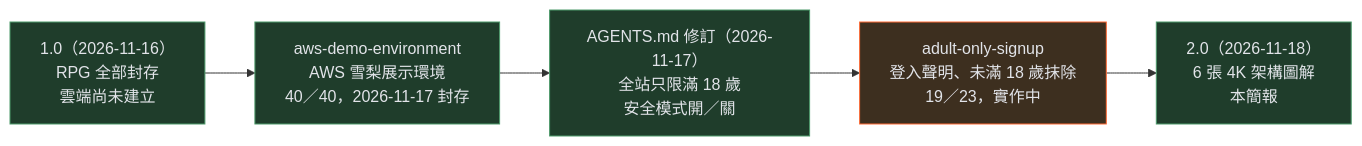
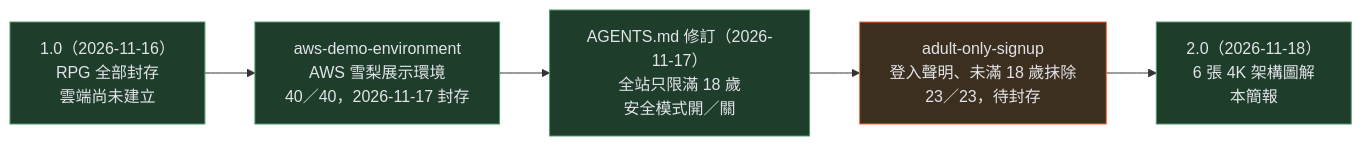
Before and after one commit to pp466pp466/R.A.C: the first of 18 diagrams in docs/2.0簡報.md, drawn with Mermaid. The commit also changed other lines of this file and 3 other files, not shown here.

First line of the commit message:
docs：2.0 簡報與部署圖依 adult-only-signup 的部署與驗收更新（RDS 0019、23／23 待封存、已知限制新增展示環境驗收發現、提交數 191），重產 PDF 與部署與營運架構圖

````diff
--- a/docs/2.0簡報.md
+++ b/docs/2.0簡報.md
@@ -45,9 +45,9 @@
 ```mermaid
 flowchart LR
     A["1.0（2026-11-16）<br/>RPG 全部封存<br/>雲端尚未建立"]:::done --> B["aws-demo-environment<br/>AWS 雪梨展示環境<br/>40／40，2026-11-17 封存"]:::done
     B --> C["AGENTS.md 修訂（2026-11-17）<br/>全站只限滿 18 歲<br/>安全模式開／關"]:::done
-    C --> D["adult-only-signup<br/>登入聲明、未滿 18 歲抹除<br/>19／23，實作中"]:::active
+    C --> D["adult-only-signup<br/>登入聲明、未滿 18 歲抹除<br/>23／23，待封存"]:::active
     D --> E["2.0（2026-11-18）<br/>6 張 4K 架構圖解<br/>本簡報"]:::done
     classDef done fill:#1f3d2b,stroke:#4c9a6a,color:#e2e4e9
     classDef active fill:#3d2f1f,stroke:#ff6b35,color:#e2e4e9
 ```
````
